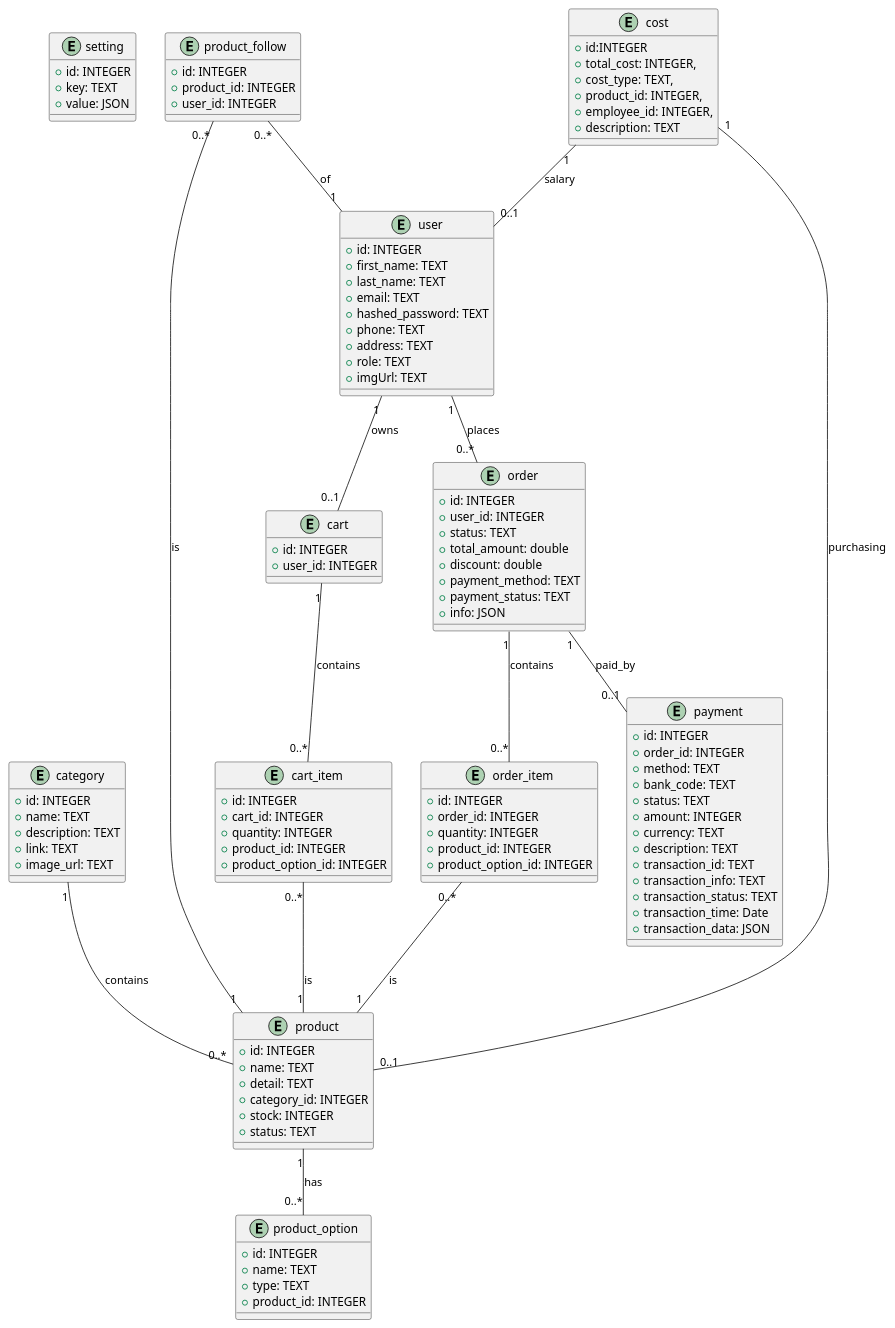
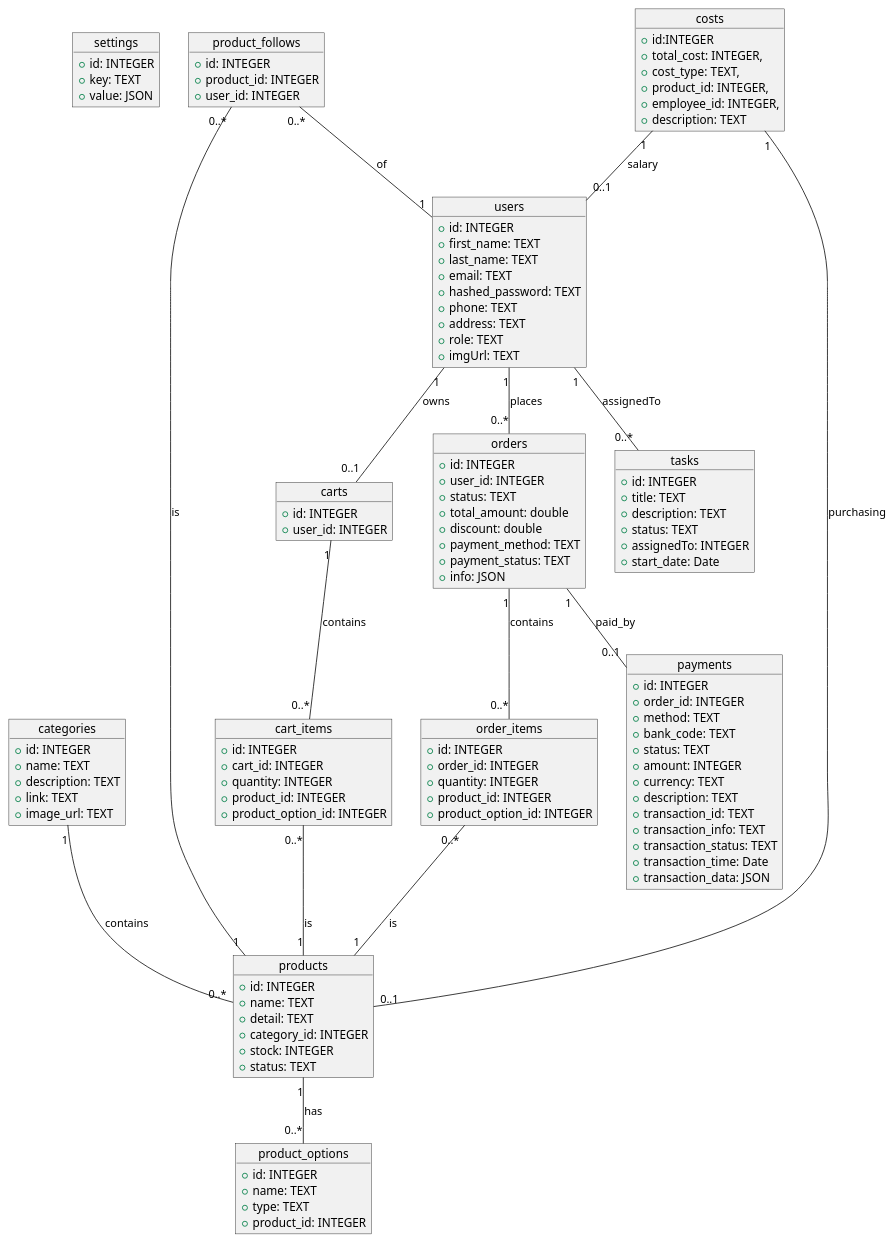
The diagram in puml/erd.puml (vkq2808/car-accessories-eccomerce), drawn with PlantUML before and after one commit. The commit also changed 2 other files, not shown here.

```diff
--- a/puml/erd.puml
+++ b/puml/erd.puml
@@ -1,122 +1,132 @@
 @startuml class_diagram
 
-entity setting {
+object settings {
   +id: INTEGER
   +key: TEXT
   +value: JSON
 }
 
-entity category {
+object categories {
   +id: INTEGER
   +name: TEXT
   +description: TEXT
   +link: TEXT
   +image_url: TEXT
 }
 
-entity product {
+object products {
   +id: INTEGER
   +name: TEXT
   +detail: TEXT
   +category_id: INTEGER
   +stock: INTEGER
   +status: TEXT
 }
 
-entity product_option {
+object product_options {
   +id: INTEGER
   +name: TEXT
   +type: TEXT
   +product_id: INTEGER
 }
 
-entity cart {
+object carts {
   +id: INTEGER
   +user_id: INTEGER
 }
 
-entity cart_item {
+object cart_items {
   +id: INTEGER
   +cart_id: INTEGER
   +quantity: INTEGER
   +product_id: INTEGER
   +product_option_id: INTEGER
 }
 
-entity product_follow {
+object product_follows {
   +id: INTEGER
   +product_id: INTEGER
   +user_id: INTEGER
 }
 
-entity user {
+object users {
   +id: INTEGER
   +first_name: TEXT
   +last_name: TEXT
   +email: TEXT
   +hashed_password: TEXT
   +phone: TEXT
   +address: TEXT
   +role: TEXT
   +imgUrl: TEXT
 }
 
-entity cost {
+object costs {
   +id:INTEGER
   +total_cost: INTEGER,
   +cost_type: TEXT,
   +product_id: INTEGER,
   +employee_id: INTEGER,
   +description: TEXT
 }
 
-entity order {
+object orders {
   +id: INTEGER
   +user_id: INTEGER
   +status: TEXT
   +total_amount: double
   +discount: double
   +payment_method: TEXT
   +payment_status: TEXT
   +info: JSON
 }
 
-entity order_item {
+object order_items {
   +id: INTEGER
   +order_id: INTEGER
   +quantity: INTEGER
   +product_id: INTEGER
   +product_option_id: INTEGER
 }
 
-entity payment {
+object payments {
   +id: INTEGER
   +order_id: INTEGER
   +method: TEXT
   +bank_code: TEXT
   +status: TEXT
   +amount: INTEGER
   +currency: TEXT
   +description: TEXT
   +transaction_id: TEXT
   +transaction_info: TEXT
   +transaction_status: TEXT
   +transaction_time: Date
   +transaction_data: JSON
 }
 
+object tasks{
+  +id: INTEGER
+  +title: TEXT
+  +description: TEXT
+  +status: TEXT
+  +assignedTo: INTEGER
+  +start_date: Date
+}
+
 ' Các mối quan hệ
-category "1" -- "0..*" product : contains
-cart "1" -- "0..*" cart_item : contains
-user "1" -- "0..*" order : places
-user "1" -- "0..1" cart : owns
-order "1" -- "0..*" order_item : contains
-order "1" -- "0..1" payment : paid_by
-product "1" -- "0..*" product_option : has
-cart_item "0..*" -- "1" product : is
-order_item "0..*" -- "1" product : is
-cost "1" -- "0..1" product : purchasing
-cost "1" -- "0..1" user : salary
-product_follow "0..*" -- "1" product : is
-product_follow "0..*" -- "1" user : of
+categories "1" -- "0..*" products : contains
+carts "1" -- "0..*" cart_items : contains
+users "1" -- "0..*" orders : places
+users "1" -- "0..1" carts : owns
+orders "1" -- "0..*" order_items : contains
+orders "1" -- "0..1" payments : paid_by
+products "1" -- "0..*" product_options : has
+cart_items "0..*" -- "1" products : is
+order_items "0..*" -- "1" products : is
+costs "1" -- "0..1" products : purchasing
+costs "1" -- "0..1" users : salary
+product_follows "0..*" -- "1" products : is
+product_follows "0..*" -- "1" users : of
+users "1" -- "0..*" tasks : assignedTo
 @enduml
```
